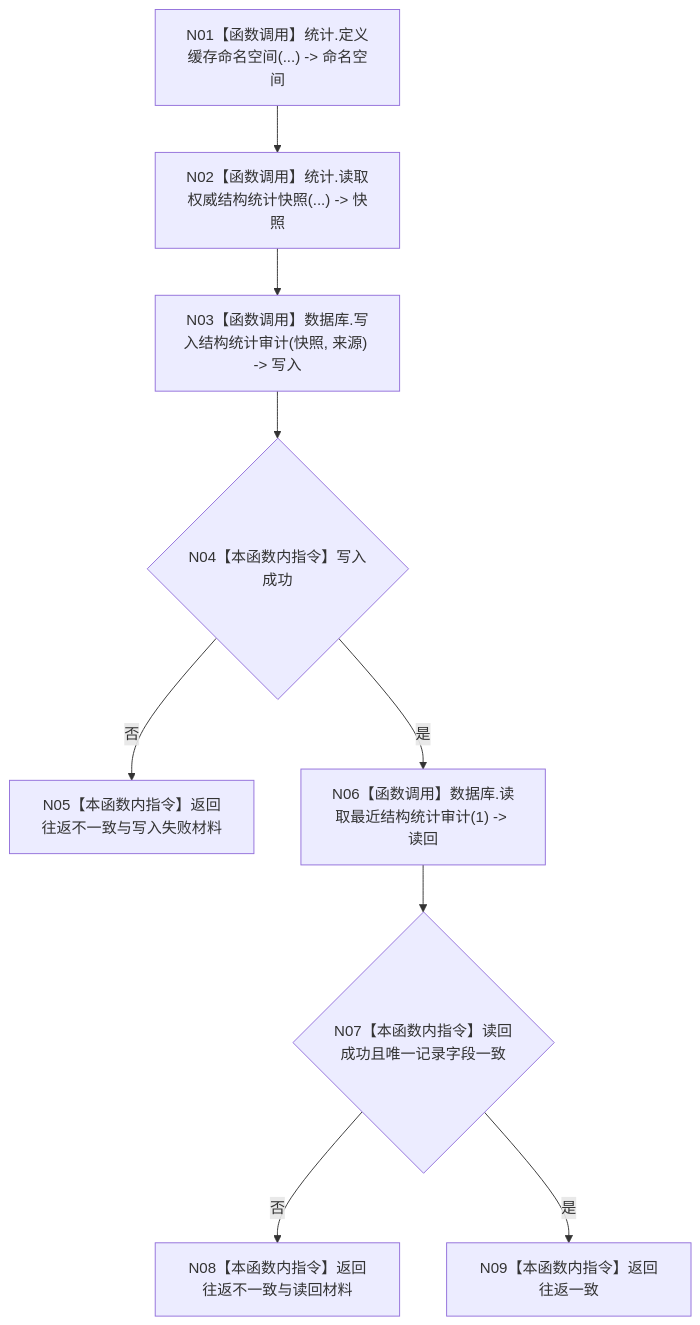
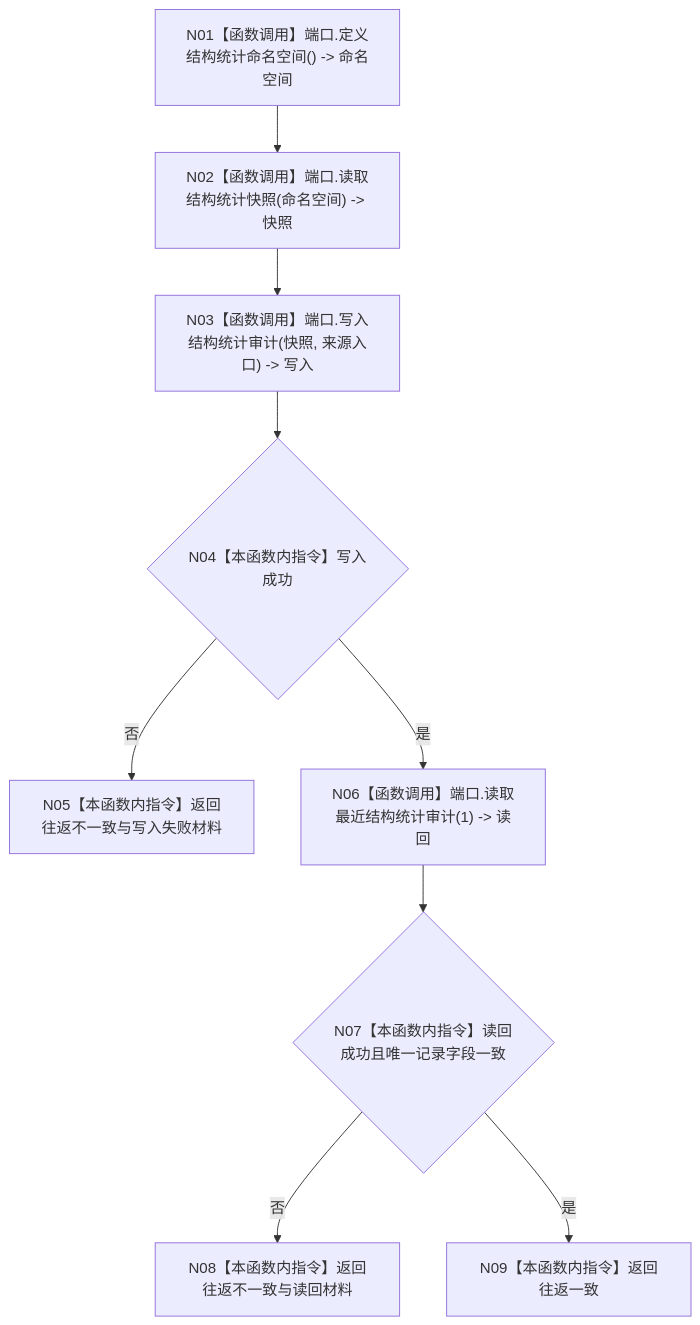
The diagram in 流程图/20260726_ENTRY-ONLY_F10_执行启动结构审计_施工流程图_v0.1.md (chunhaizh-cyber/HY-Ego), drawn with Mermaid before and after one commit. The commit also changed other lines of this file and 54 other files, not shown here.

````diff
--- a/流程图/20260726_ENTRY-ONLY_F10_执行启动结构审计_施工流程图_v0.1.md
+++ b/流程图/20260726_ENTRY-ONLY_F10_执行启动结构审计_施工流程图_v0.1.md
@@ -28,11 +29,11 @@
 ```mermaid
 flowchart TD
-    N01["N01【函数调用】统计.定义缓存命名空间(...) -> 命名空间"] --> N02["N02【函数调用】统计.读取权威结构统计快照(...) -> 快照"]
-    N02 --> N03["N03【函数调用】数据库.写入结构统计审计(快照, 来源) -> 写入"]
+    N01["N01【函数调用】端口.定义结构统计命名空间() -> 命名空间"] --> N02["N02【函数调用】端口.读取结构统计快照(命名空间) -> 快照"]
+    N02 --> N03["N03【函数调用】端口.写入结构统计审计(快照, 来源入口) -> 写入"]
     N03 --> N04{"N04【本函数内指令】写入成功"}
     N04 -- "否" --> N05["N05【本函数内指令】返回往返不一致与写入失败材料"]
-    N04 -- "是" --> N06["N06【函数调用】数据库.读取最近结构统计审计(1) -> 读回"]
+    N04 -- "是" --> N06["N06【函数调用】端口.读取最近结构统计审计(1) -> 读回"]
     N06 --> N07{"N07【本函数内指令】读回成功且唯一记录字段一致"}
     N07 -- "否" --> N08["N08【本函数内指令】返回往返不一致与读回材料"]
     N07 -- "是" --> N09["N09【本函数内指令】返回往返一致"]
 ```
````
